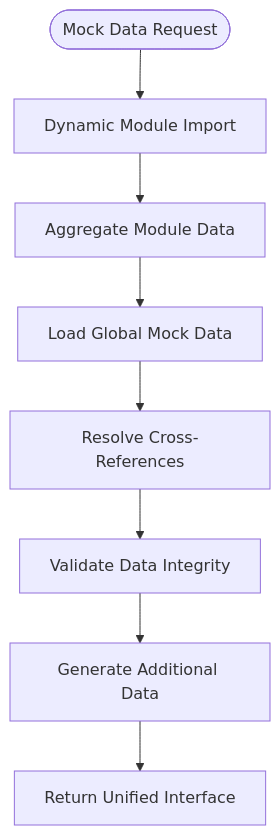
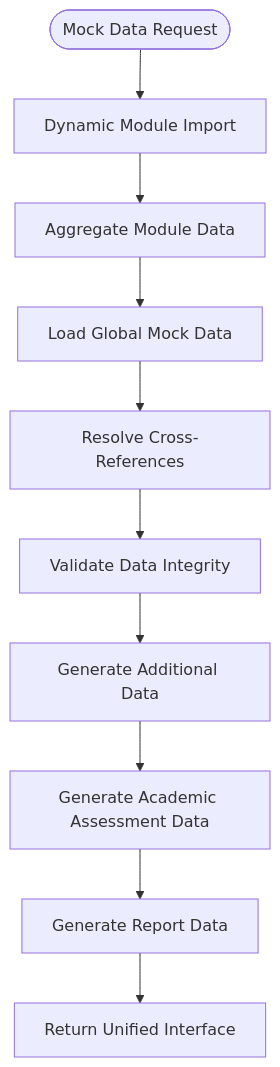
The third of 4 diagrams in .qoder/repowiki/en/content/Mock Data Dev Guide.md (geniusdynamics/schoolpilot), drawn with Mermaid before and after one commit. The commit also changed other lines of this file and 54 other files, not shown here.

````diff
--- a/.qoder/repowiki/en/content/Mock Data Dev Guide.md
+++ b/.qoder/repowiki/en/content/Mock Data Dev Guide.md
@@ -155,10 +182,12 @@
 ```mermaid
 flowchart TD
 Start(["Mock Data Request"]) --> Dynamic["Dynamic Module Import"]
 Dynamic --> Aggregate["Aggregate Module Data"]
 Aggregate --> Global["Load Global Mock Data"]
 Global --> Resolve["Resolve Cross-References"]
 Resolve --> Validate["Validate Data Integrity"]
 Validate --> Generate["Generate Additional Data"]
-Generate --> Return["Return Unified Interface"]
+Generate --> Academic["Generate Academic Assessment Data"]
+Academic --> Report["Generate Report Data"]
+Report --> Return["Return Unified Interface"]
 ```
````
